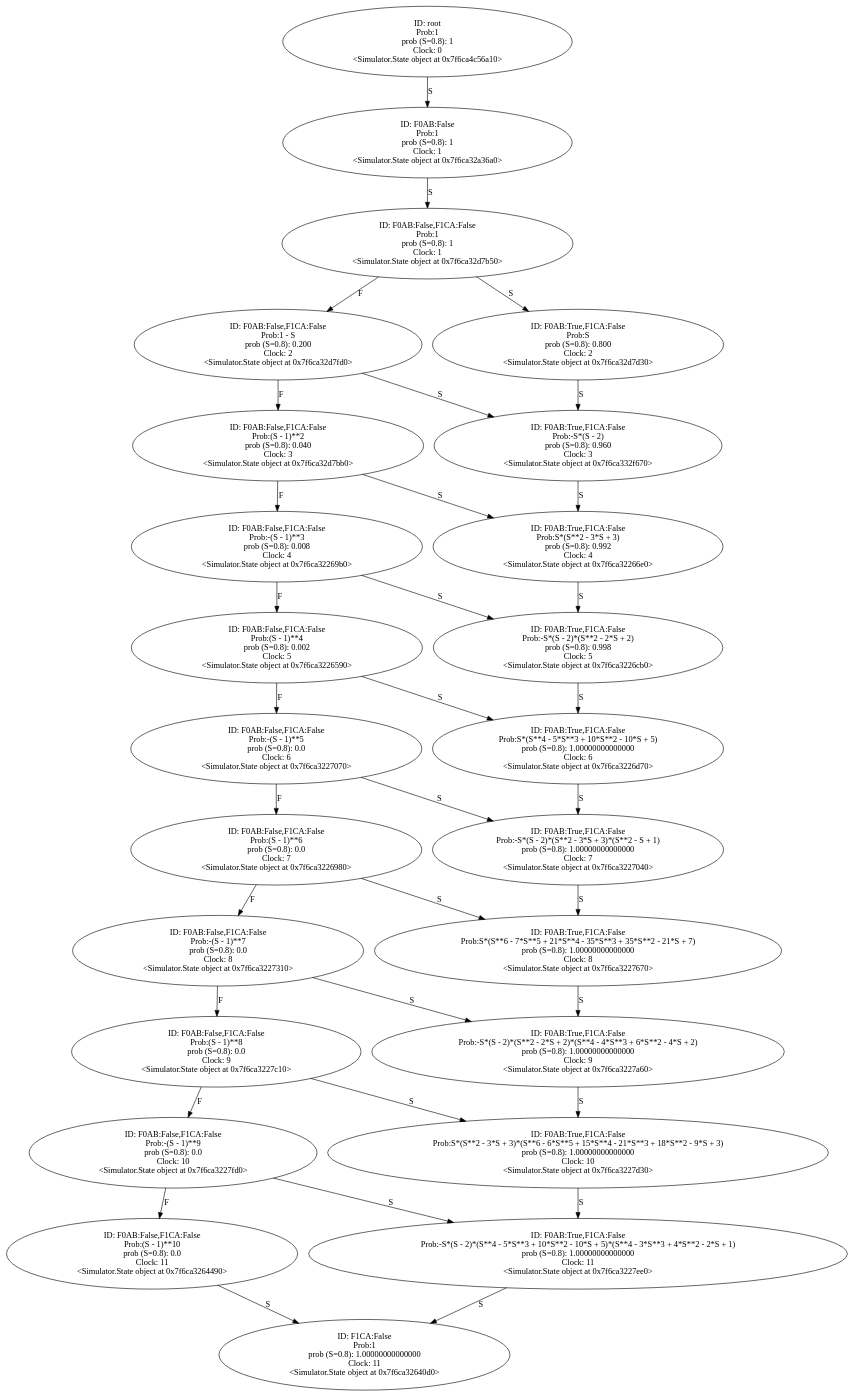
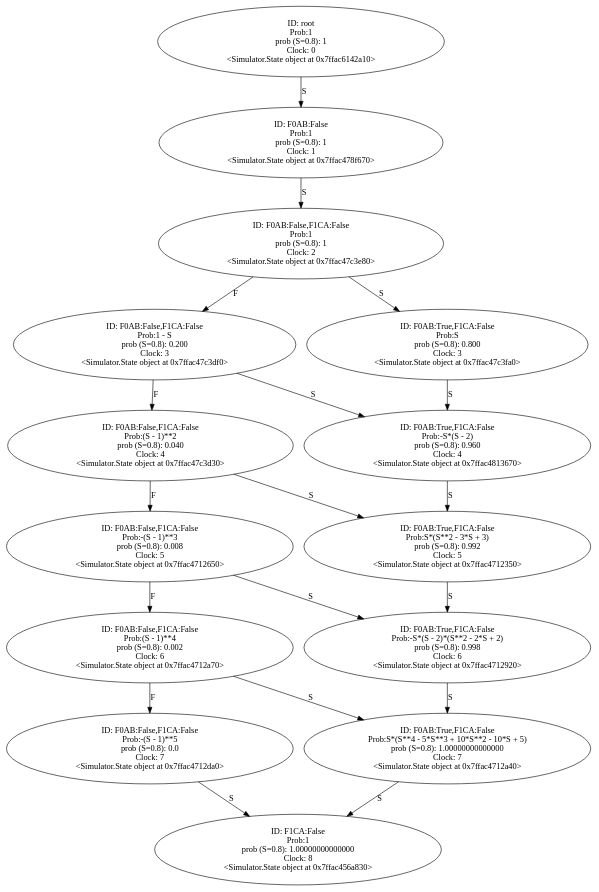
The diagram in Output/Simple_loop.wrp.gv (YasinBoloorchi/WARP-Simulator), drawn with Graphviz before and after one commit. The commit also changed 12 other files, not shown here.

```diff
--- a/Output/Simple_loop.wrp.gv
+++ b/Output/Simple_loop.wrp.gv
@@ -1,155 +1,90 @@
 digraph "./Output/Simple_loop.wrp" {
-	<Simulator.State object at 0x7f6ca4c56a10> [label="ID: root
+	<Simulator.State object at 0x7ffac6142a10> [label="ID: root
 Prob:1
 prob (S=0.8): 1
 Clock: 0
-<Simulator.State object at 0x7f6ca4c56a10>"]
-	<Simulator.State object at 0x7f6ca4c56a10> -> <Simulator.State object at 0x7f6ca32a36a0> [label=S]
-	<Simulator.State object at 0x7f6ca32a36a0> [label="ID: F0AB:False
+<Simulator.State object at 0x7ffac6142a10>"]
+	<Simulator.State object at 0x7ffac6142a10> -> <Simulator.State object at 0x7ffac478f670> [label=S]
+	<Simulator.State object at 0x7ffac478f670> [label="ID: F0AB:False
 Prob:1
 prob (S=0.8): 1
 Clock: 1
-<Simulator.State object at 0x7f6ca32a36a0>"]
-	<Simulator.State object at 0x7f6ca32a36a0> -> <Simulator.State object at 0x7f6ca32d7b50> [label=S]
-	<Simulator.State object at 0x7f6ca32d7b50> [label="ID: F0AB:False,F1CA:False
+<Simulator.State object at 0x7ffac478f670>"]
+	<Simulator.State object at 0x7ffac478f670> -> <Simulator.State object at 0x7ffac47c3e80> [label=S]
+	<Simulator.State object at 0x7ffac47c3e80> [label="ID: F0AB:False,F1CA:False
 Prob:1
 prob (S=0.8): 1
-Clock: 1
-<Simulator.State object at 0x7f6ca32d7b50>"]
-	<Simulator.State object at 0x7f6ca32d7b50> -> <Simulator.State object at 0x7f6ca32d7fd0> [label=F]
-	<Simulator.State object at 0x7f6ca32d7b50> -> <Simulator.State object at 0x7f6ca32d7d30> [label=S]
-	<Simulator.State object at 0x7f6ca32d7fd0> [label="ID: F0AB:False,F1CA:False
+Clock: 2
+<Simulator.State object at 0x7ffac47c3e80>"]
+	<Simulator.State object at 0x7ffac47c3e80> -> <Simulator.State object at 0x7ffac47c3df0> [label=F]
+	<Simulator.State object at 0x7ffac47c3e80> -> <Simulator.State object at 0x7ffac47c3fa0> [label=S]
+	<Simulator.State object at 0x7ffac47c3df0> [label="ID: F0AB:False,F1CA:False
 Prob:1 - S
 prob (S=0.8): 0.200
-Clock: 2
-<Simulator.State object at 0x7f6ca32d7fd0>"]
-	<Simulator.State object at 0x7f6ca32d7fd0> -> <Simulator.State object at 0x7f6ca32d7bb0> [label=F]
-	<Simulator.State object at 0x7f6ca32d7fd0> -> <Simulator.State object at 0x7f6ca332f670> [label=S]
-	<Simulator.State object at 0x7f6ca32d7d30> [label="ID: F0AB:True,F1CA:False
+Clock: 3
+<Simulator.State object at 0x7ffac47c3df0>"]
+	<Simulator.State object at 0x7ffac47c3df0> -> <Simulator.State object at 0x7ffac47c3d30> [label=F]
+	<Simulator.State object at 0x7ffac47c3df0> -> <Simulator.State object at 0x7ffac4813670> [label=S]
+	<Simulator.State object at 0x7ffac47c3fa0> [label="ID: F0AB:True,F1CA:False
 Prob:S
 prob (S=0.8): 0.800
-Clock: 2
-<Simulator.State object at 0x7f6ca32d7d30>"]
-	<Simulator.State object at 0x7f6ca32d7d30> -> <Simulator.State object at 0x7f6ca332f670> [label=S]
-	<Simulator.State object at 0x7f6ca32d7bb0> [label="ID: F0AB:False,F1CA:False
+Clock: 3
+<Simulator.State object at 0x7ffac47c3fa0>"]
+	<Simulator.State object at 0x7ffac47c3fa0> -> <Simulator.State object at 0x7ffac4813670> [label=S]
+	<Simulator.State object at 0x7ffac47c3d30> [label="ID: F0AB:False,F1CA:False
 Prob:(S - 1)**2
 prob (S=0.8): 0.040
-Clock: 3
-<Simulator.State object at 0x7f6ca32d7bb0>"]
-	<Simulator.State object at 0x7f6ca32d7bb0> -> <Simulator.State object at 0x7f6ca32269b0> [label=F]
-	<Simulator.State object at 0x7f6ca32d7bb0> -> <Simulator.State object at 0x7f6ca32266e0> [label=S]
-	<Simulator.State object at 0x7f6ca332f670> [label="ID: F0AB:True,F1CA:False
+Clock: 4
+<Simulator.State object at 0x7ffac47c3d30>"]
+	<Simulator.State object at 0x7ffac47c3d30> -> <Simulator.State object at 0x7ffac4712650> [label=F]
+	<Simulator.State object at 0x7ffac47c3d30> -> <Simulator.State object at 0x7ffac4712350> [label=S]
+	<Simulator.State object at 0x7ffac4813670> [label="ID: F0AB:True,F1CA:False
 Prob:-S*(S - 2)
 prob (S=0.8): 0.960
-Clock: 3
-<Simulator.State object at 0x7f6ca332f670>"]
-	<Simulator.State object at 0x7f6ca332f670> -> <Simulator.State object at 0x7f6ca32266e0> [label=S]
-	<Simulator.State object at 0x7f6ca32269b0> [label="ID: F0AB:False,F1CA:False
+Clock: 4
+<Simulator.State object at 0x7ffac4813670>"]
+	<Simulator.State object at 0x7ffac4813670> -> <Simulator.State object at 0x7ffac4712350> [label=S]
+	<Simulator.State object at 0x7ffac4712650> [label="ID: F0AB:False,F1CA:False
 Prob:-(S - 1)**3
 prob (S=0.8): 0.008
-Clock: 4
-<Simulator.State object at 0x7f6ca32269b0>"]
-	<Simulator.State object at 0x7f6ca32269b0> -> <Simulator.State object at 0x7f6ca3226590> [label=F]
-	<Simulator.State object at 0x7f6ca32269b0> -> <Simulator.State object at 0x7f6ca3226cb0> [label=S]
-	<Simulator.State object at 0x7f6ca32266e0> [label="ID: F0AB:True,F1CA:False
+Clock: 5
+<Simulator.State object at 0x7ffac4712650>"]
+	<Simulator.State object at 0x7ffac4712650> -> <Simulator.State object at 0x7ffac4712a70> [label=F]
+	<Simulator.State object at 0x7ffac4712650> -> <Simulator.State object at 0x7ffac4712920> [label=S]
+	<Simulator.State object at 0x7ffac4712350> [label="ID: F0AB:True,F1CA:False
 Prob:S*(S**2 - 3*S + 3)
 prob (S=0.8): 0.992
-Clock: 4
-<Simulator.State object at 0x7f6ca32266e0>"]
-	<Simulator.State object at 0x7f6ca32266e0> -> <Simulator.State object at 0x7f6ca3226cb0> [label=S]
-	<Simulator.State object at 0x7f6ca3226590> [label="ID: F0AB:False,F1CA:False
+Clock: 5
+<Simulator.State object at 0x7ffac4712350>"]
+	<Simulator.State object at 0x7ffac4712350> -> <Simulator.State object at 0x7ffac4712920> [label=S]
+	<Simulator.State object at 0x7ffac4712a70> [label="ID: F0AB:False,F1CA:False
 Prob:(S - 1)**4
 prob (S=0.8): 0.002
-Clock: 5
-<Simulator.State object at 0x7f6ca3226590>"]
-	<Simulator.State object at 0x7f6ca3226590> -> <Simulator.State object at 0x7f6ca3227070> [label=F]
-	<Simulator.State object at 0x7f6ca3226590> -> <Simulator.State object at 0x7f6ca3226d70> [label=S]
-	<Simulator.State object at 0x7f6ca3226cb0> [label="ID: F0AB:True,F1CA:False
+Clock: 6
+<Simulator.State object at 0x7ffac4712a70>"]
+	<Simulator.State object at 0x7ffac4712a70> -> <Simulator.State object at 0x7ffac4712da0> [label=F]
+	<Simulator.State object at 0x7ffac4712a70> -> <Simulator.State object at 0x7ffac4712a40> [label=S]
+	<Simulator.State object at 0x7ffac4712920> [label="ID: F0AB:True,F1CA:False
 Prob:-S*(S - 2)*(S**2 - 2*S + 2)
 prob (S=0.8): 0.998
-Clock: 5
-<Simulator.State object at 0x7f6ca3226cb0>"]
-	<Simulator.State object at 0x7f6ca3226cb0> -> <Simulator.State object at 0x7f6ca3226d70> [label=S]
-	<Simulator.State object at 0x7f6ca3227070> [label="ID: F0AB:False,F1CA:False
+Clock: 6
+<Simulator.State object at 0x7ffac4712920>"]
+	<Simulator.State object at 0x7ffac4712920> -> <Simulator.State object at 0x7ffac4712a40> [label=S]
+	<Simulator.State object at 0x7ffac4712da0> [label="ID: F0AB:False,F1CA:False
 Prob:-(S - 1)**5
 prob (S=0.8): 0.0
-Clock: 6
-<Simulator.State object at 0x7f6ca3227070>"]
-	<Simulator.State object at 0x7f6ca3227070> -> <Simulator.State object at 0x7f6ca3226980> [label=F]
-	<Simulator.State object at 0x7f6ca3227070> -> <Simulator.State object at 0x7f6ca3227040> [label=S]
-	<Simulator.State object at 0x7f6ca3226d70> [label="ID: F0AB:True,F1CA:False
+Clock: 7
+<Simulator.State object at 0x7ffac4712da0>"]
+	<Simulator.State object at 0x7ffac4712da0> -> <Simulator.State object at 0x7ffac456a830> [label=S]
+	<Simulator.State object at 0x7ffac4712a40> [label="ID: F0AB:True,F1CA:False
 Prob:S*(S**4 - 5*S**3 + 10*S**2 - 10*S + 5)
 prob (S=0.8): 1.00000000000000
-Clock: 6
-<Simulator.State object at 0x7f6ca3226d70>"]
-	<Simulator.State object at 0x7f6ca3226d70> -> <Simulator.State object at 0x7f6ca3227040> [label=S]
-	<Simulator.State object at 0x7f6ca3226980> [label="ID: F0AB:False,F1CA:False
-Prob:(S - 1)**6
-prob (S=0.8): 0.0
 Clock: 7
-<Simulator.State object at 0x7f6ca3226980>"]
-	<Simulator.State object at 0x7f6ca3226980> -> <Simulator.State object at 0x7f6ca3227310> [label=F]
-	<Simulator.State object at 0x7f6ca3226980> -> <Simulator.State object at 0x7f6ca3227670> [label=S]
-	<Simulator.State object at 0x7f6ca3227040> [label="ID: F0AB:True,F1CA:False
-Prob:-S*(S - 2)*(S**2 - 3*S + 3)*(S**2 - S + 1)
-prob (S=0.8): 1.00000000000000
-Clock: 7
-<Simulator.State object at 0x7f6ca3227040>"]
-	<Simulator.State object at 0x7f6ca3227040> -> <Simulator.State object at 0x7f6ca3227670> [label=S]
-	<Simulator.State object at 0x7f6ca3227310> [label="ID: F0AB:False,F1CA:False
-Prob:-(S - 1)**7
-prob (S=0.8): 0.0
-Clock: 8
-<Simulator.State object at 0x7f6ca3227310>"]
-	<Simulator.State object at 0x7f6ca3227310> -> <Simulator.State object at 0x7f6ca3227c10> [label=F]
-	<Simulator.State object at 0x7f6ca3227310> -> <Simulator.State object at 0x7f6ca3227a60> [label=S]
-	<Simulator.State object at 0x7f6ca3227670> [label="ID: F0AB:True,F1CA:False
-Prob:S*(S**6 - 7*S**5 + 21*S**4 - 35*S**3 + 35*S**2 - 21*S + 7)
+<Simulator.State object at 0x7ffac4712a40>"]
+	<Simulator.State object at 0x7ffac4712a40> -> <Simulator.State object at 0x7ffac456a830> [label=S]
+	<Simulator.State object at 0x7ffac456a830> [label="ID: F1CA:False
+Prob:1
 prob (S=0.8): 1.00000000000000
 Clock: 8
-<Simulator.State object at 0x7f6ca3227670>"]
-	<Simulator.State object at 0x7f6ca3227670> -> <Simulator.State object at 0x7f6ca3227a60> [label=S]
-	<Simulator.State object at 0x7f6ca3227c10> [label="ID: F0AB:False,F1CA:False
-Prob:(S - 1)**8
-prob (S=0.8): 0.0
-Clock: 9
-<Simulator.State object at 0x7f6ca3227c10>"]
-	<Simulator.State object at 0x7f6ca3227c10> -> <Simulator.State object at 0x7f6ca3227fd0> [label=F]
-	<Simulator.State object at 0x7f6ca3227c10> -> <Simulator.State object at 0x7f6ca3227d30> [label=S]
-	<Simulator.State object at 0x7f6ca3227a60> [label="ID: F0AB:True,F1CA:False
-Prob:-S*(S - 2)*(S**2 - 2*S + 2)*(S**4 - 4*S**3 + 6*S**2 - 4*S + 2)
-prob (S=0.8): 1.00000000000000
-Clock: 9
-<Simulator.State object at 0x7f6ca3227a60>"]
-	<Simulator.State object at 0x7f6ca3227a60> -> <Simulator.State object at 0x7f6ca3227d30> [label=S]
-	<Simulator.State object at 0x7f6ca3227fd0> [label="ID: F0AB:False,F1CA:False
-Prob:-(S - 1)**9
-prob (S=0.8): 0.0
-Clock: 10
-<Simulator.State object at 0x7f6ca3227fd0>"]
-	<Simulator.State object at 0x7f6ca3227fd0> -> <Simulator.State object at 0x7f6ca3264490> [label=F]
-	<Simulator.State object at 0x7f6ca3227fd0> -> <Simulator.State object at 0x7f6ca3227ee0> [label=S]
-	<Simulator.State object at 0x7f6ca3227d30> [label="ID: F0AB:True,F1CA:False
-Prob:S*(S**2 - 3*S + 3)*(S**6 - 6*S**5 + 15*S**4 - 21*S**3 + 18*S**2 - 9*S + 3)
-prob (S=0.8): 1.00000000000000
-Clock: 10
-<Simulator.State object at 0x7f6ca3227d30>"]
-	<Simulator.State object at 0x7f6ca3227d30> -> <Simulator.State object at 0x7f6ca3227ee0> [label=S]
-	<Simulator.State object at 0x7f6ca3264490> [label="ID: F0AB:False,F1CA:False
-Prob:(S - 1)**10
-prob (S=0.8): 0.0
-Clock: 11
-<Simulator.State object at 0x7f6ca3264490>"]
-	<Simulator.State object at 0x7f6ca3264490> -> <Simulator.State object at 0x7f6ca32640d0> [label=S]
-	<Simulator.State object at 0x7f6ca3227ee0> [label="ID: F0AB:True,F1CA:False
-Prob:-S*(S - 2)*(S**4 - 5*S**3 + 10*S**2 - 10*S + 5)*(S**4 - 3*S**3 + 4*S**2 - 2*S + 1)
-prob (S=0.8): 1.00000000000000
-Clock: 11
-<Simulator.State object at 0x7f6ca3227ee0>"]
-	<Simulator.State object at 0x7f6ca3227ee0> -> <Simulator.State object at 0x7f6ca32640d0> [label=S]
-	<Simulator.State object at 0x7f6ca32640d0> [label="ID: F1CA:False
-Prob:1
-prob (S=0.8): 1.00000000000000
-Clock: 11
-<Simulator.State object at 0x7f6ca32640d0>"]
+<Simulator.State object at 0x7ffac456a830>"]
 }
```
